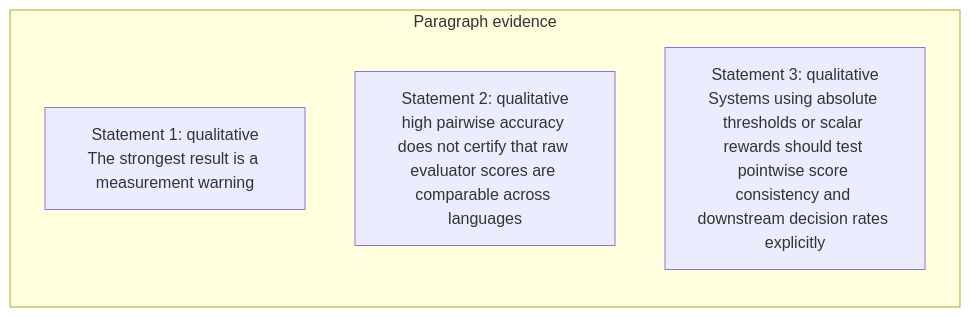
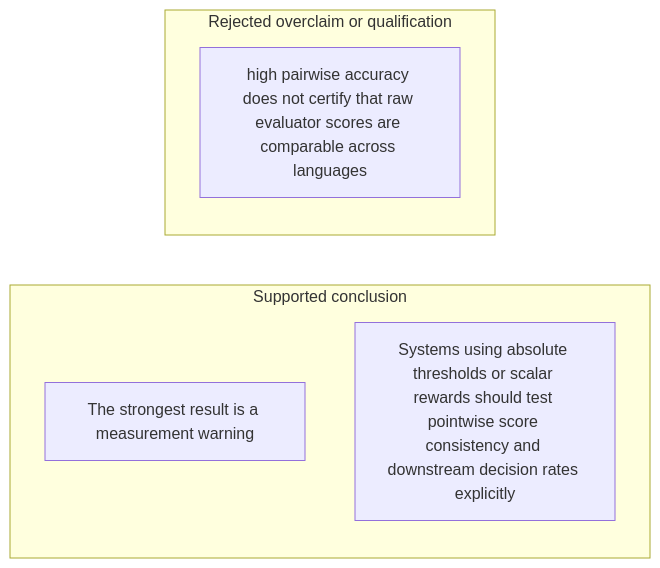
One commit to Betancourt1/paper_atlas changed diagram 43 of 48 in docs/visual-manifests/VISUAL_MANIFEST_LLM_EVALUATORS_LANGUAGES.md. Above: the diagram before and after it, drawn with Mermaid. The commit also changed other lines of this file and 7 other files, not shown here.

````diff
--- a/docs/visual-manifests/VISUAL_MANIFEST_LLM_EVALUATORS_LANGUAGES.md
+++ b/docs/visual-manifests/VISUAL_MANIFEST_LLM_EVALUATORS_LANGUAGES.md
@@ -3639,8 +3649,10 @@
 ```mermaid
 flowchart LR
-  subgraph p1["Paragraph evidence"]
-    p1r1["Statement 1: qualitative<br/>The strongest result is a measurement warning"]
-    p1r2["Statement 2: qualitative<br/>high pairwise accuracy does not certify that raw evaluator scores are comparable across languages"]
-    p1r3["Statement 3: qualitative<br/>Systems using absolute thresholds or scalar rewards should test pointwise score consistency and downstream decision rates explicitly"]
+  subgraph g1["Supported conclusion"]
+    g1i1["The strongest result is a measurement warning"]
+    g1i2["Systems using absolute thresholds or scalar rewards should test pointwise score consistency and downstream decision rates explicitly"]
+  end
+  subgraph g2["Rejected overclaim or qualification"]
+    g2i1["high pairwise accuracy does not certify that raw evaluator scores are comparable across languages"]
   end
 ```
````
